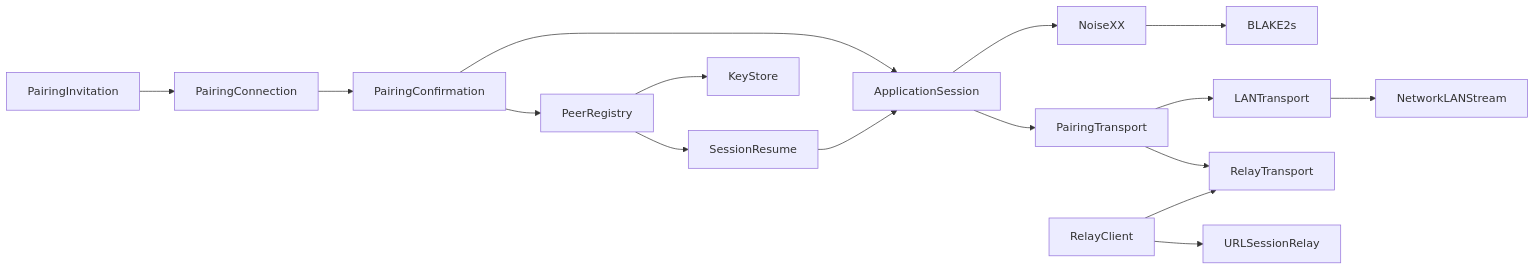
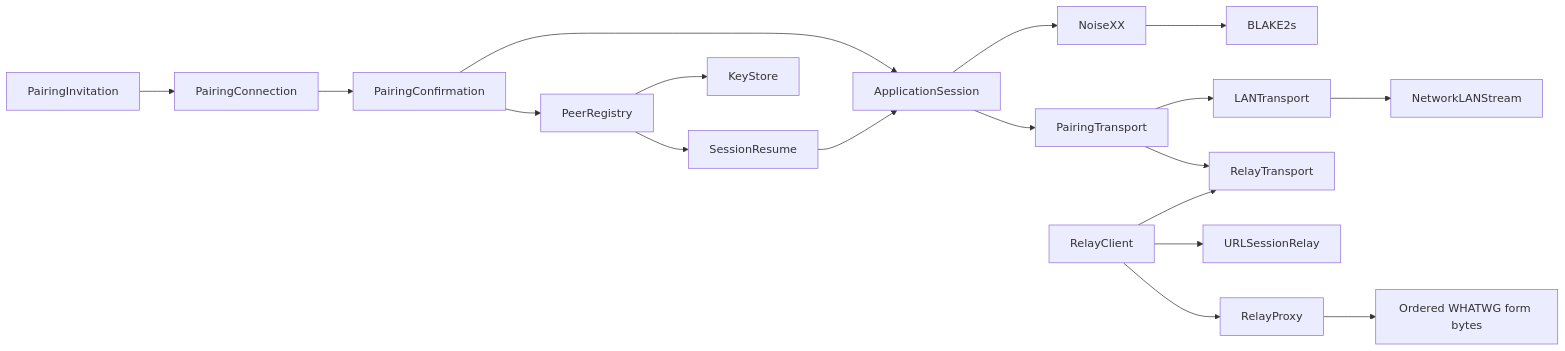
The diagram in SW/ios/Packages/Pairing/Sources/README.md (Harwasch/voiceremote), drawn with Mermaid before and after one commit. The commit also changed other lines of this file and 62 other files, not shown here.

````diff
--- a/SW/ios/Packages/Pairing/Sources/README.md
+++ b/SW/ios/Packages/Pairing/Sources/README.md
@@ -1,11 +1,12 @@
 ```mermaid
 flowchart LR
   PairingInvitation --> PairingConnection --> PairingConfirmation
   PairingConfirmation --> PeerRegistry --> SessionResume
   PairingConfirmation & SessionResume --> ApplicationSession --> NoiseXX --> BLAKE2s
   ApplicationSession --> PairingTransport
   PairingTransport --> LANTransport & RelayTransport
-  RelayClient --> RelayTransport & URLSessionRelay
+  RelayClient --> RelayTransport & URLSessionRelay & RelayProxy
+  RelayProxy --> Query[Ordered WHATWG form bytes]
   LANTransport --> NetworkLANStream
   PeerRegistry --> KeyStore
 ```
````
